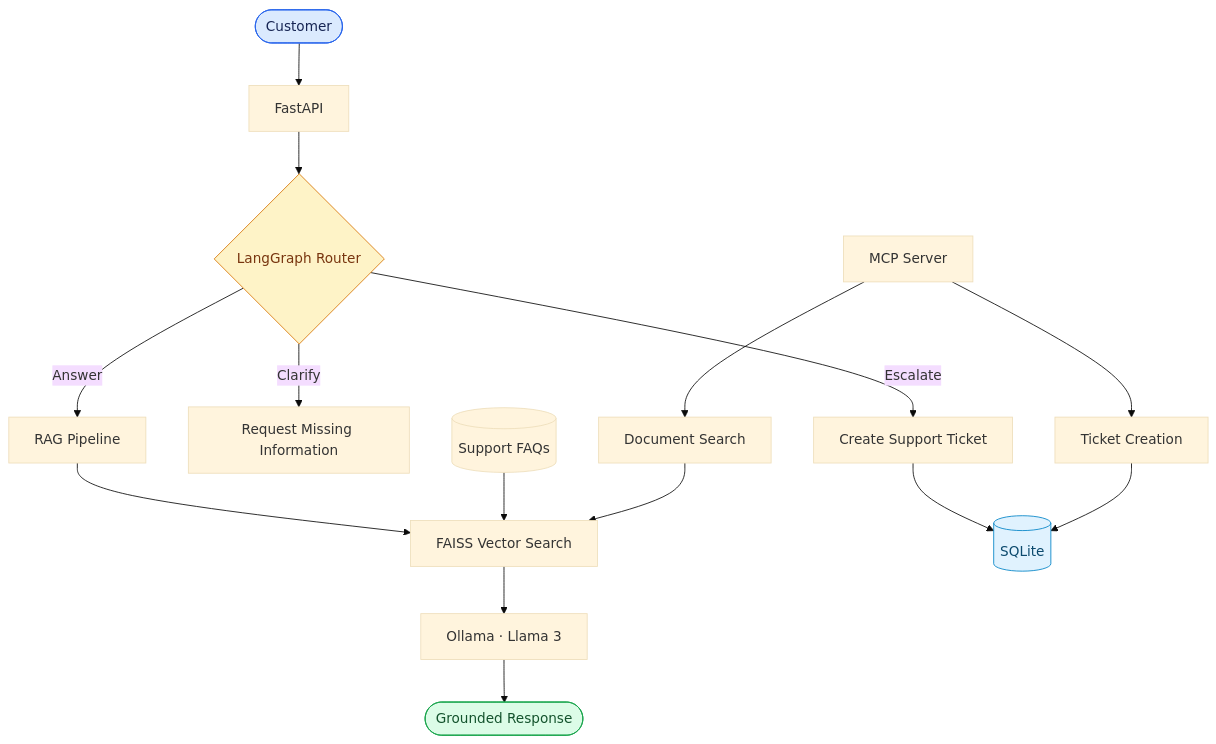
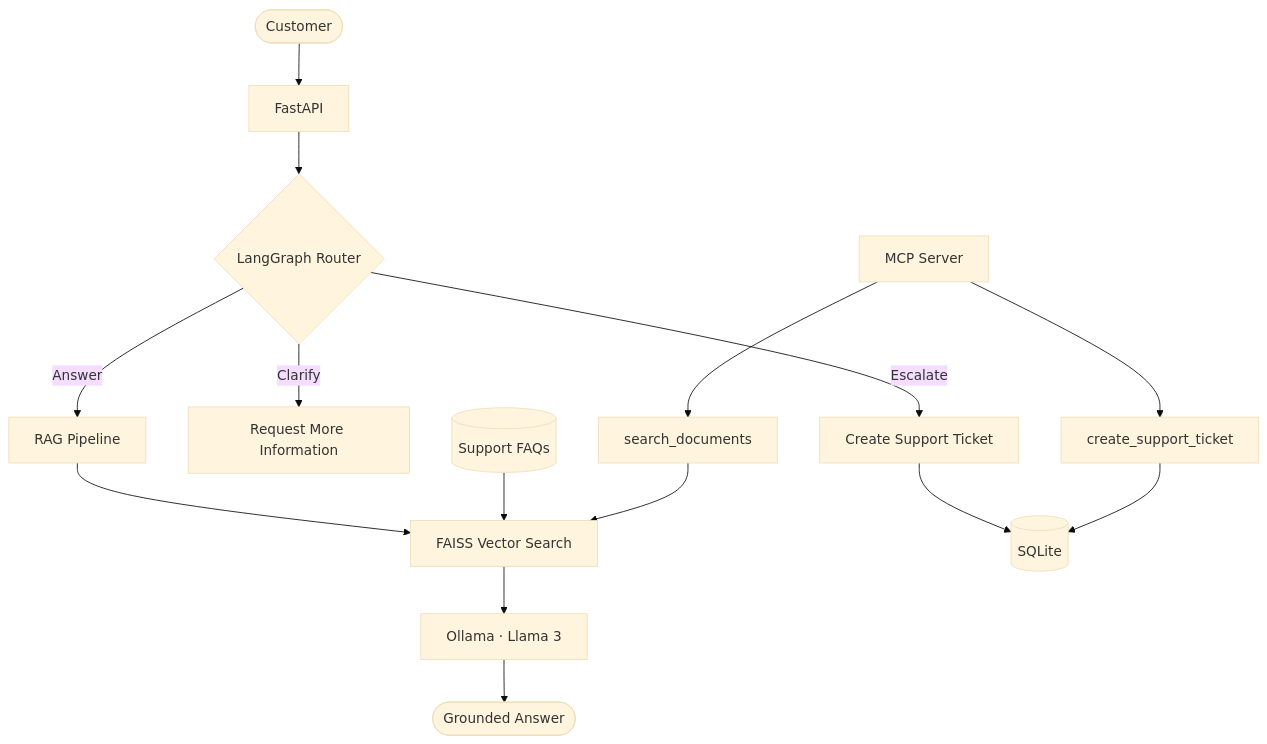
The diagram in README.md (Lina-hamad24/support-triage-agent), drawn with Mermaid (base theme) before and after one commit. The commit also changed other lines of this file, not shown here.

````diff
--- a/README.md
+++ b/README.md
@@ -8,26 +9,21 @@
 ```mermaid
 flowchart TD
     U([Customer]) --> API[FastAPI]
     API --> G{LangGraph Router}
 
-    G -->|Answer| R[RAG Pipeline]
-    G -->|Clarify| C[Request Missing Information]
-    G -->|Escalate| E[Create Support Ticket]
+    G -->|Answer| RAG[RAG Pipeline]
+    G -->|Clarify| C[Request More Information]
+    G -->|Escalate| T[Create Support Ticket]
 
-    R --> F[FAISS Vector Search]
+    RAG --> F[FAISS Vector Search]
     KB[(Support FAQs)] --> F
     F --> L[Ollama · Llama 3]
-    L --> A([Grounded Response])
+    L --> A([Grounded Answer])
 
-    E --> DB[(SQLite)]
+    T --> DB[(SQLite)]
 
-    M[MCP Server] --> S[Document Search]
-    M --> T[Ticket Creation]
+    MCP[MCP Server] --> S[search_documents]
+    MCP --> CT[create_support_ticket]
     S --> F
-    T --> DB
-
-    style U fill:#dbeafe,stroke:#2563eb,color:#172554
-    style G fill:#fef3c7,stroke:#d97706,color:#78350f
-    style A fill:#dcfce7,stroke:#16a34a,color:#14532d
-    style DB fill:#e0f2fe,stroke:#0284c7,color:#0c4a6e
+    CT --> DB
 ```
````
